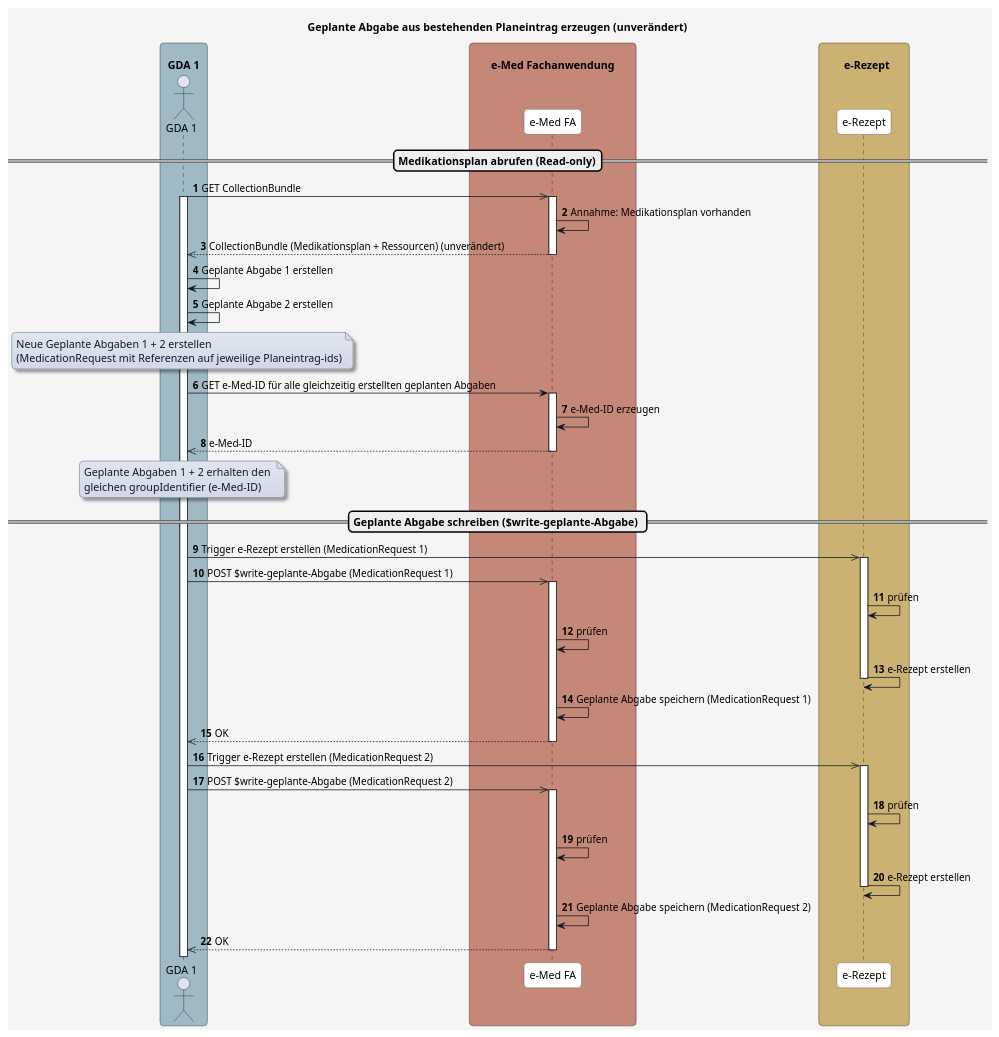
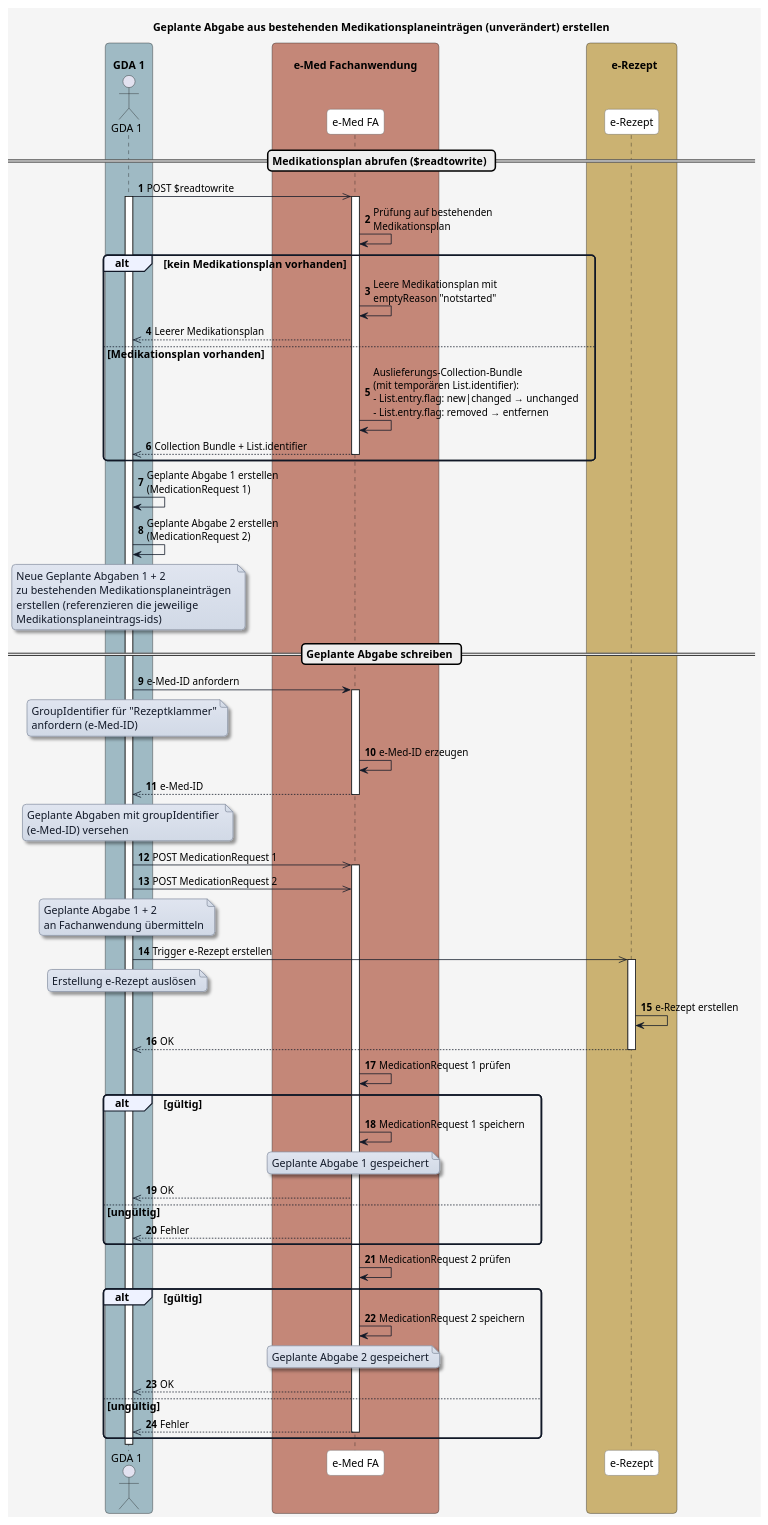
The diagram in plantuml/UC_eMed_08_01.plantuml (HL7Austria/ELGA-e-Medikation-R4), drawn with PlantUML before and after one commit.

Commit message:
Update diagram

```diff
--- a/plantuml/UC_eMed_08_01.plantuml
+++ b/plantuml/UC_eMed_08_01.plantuml
@@ -1,118 +1,149 @@
 @startuml
 
-title Geplante Abgabe aus bestehenden Planeintrag erzeugen (unverändert)
+title Geplante Abgabe aus bestehenden Medikationsplaneinträgen (unverändert) erstellen
 
 skinparam borderColor #000000
 skinparam backgroundColor #f5f5f5
 skinparam shadowing false
 skinparam roundCorner 10
 skinparam defaultFontName "Arial"
 skinparam defaultFontSize 14
 skinparam defaultFontColor #000000
 
 skinparam note {
   BackgroundColor #e0e5f0-#d1d9e6
   BorderColor #8b95a5
   BorderThickness 1
   RoundCorner 8
   Padding 6
   FontColor #111827
   Shadowing true
 }
 
 skinparam HyperlinkColor #0000EE
 skinparam HyperlinkUnderline false
 
 skinparam sequence {
   ParticipantBorderColor #555555
   ParticipantBackgroundColor #ffffff
   ParticipantFontColor #000000
   ParticipantFontSize 14
   ParticipantPadding 20
   ArrowColor #111827
   ArrowThickness 1
   ArrowFontColor #000000
   ArrowFontSize 13
   GroupBorderColor #111827
   GroupBackgroundColor #eef2ff
   GroupBorderThickness 2
 }
 
 skinparam BoxPadding 20
 skinparam BoxBorderColor #555555
 
 box "\n  GDA 1  " #9fbac4
   actor GDA_1 as "GDA 1"
 end box
 
 box "\n       e-Med Fachanwendung       " #C48778
   participant eMed_FA as "e-Med FA"
 end box
 
 box "\n    e-Rezept  " #cbb272
   participant e_Rezept as "e-Rezept"
 end box
 
 autonumber
 
-== Medikationsplan abrufen (Read-only)==
-GDA_1 ->> eMed_FA: GET CollectionBundle
+== Medikationsplan abrufen ($readtowrite) ==
+
+GDA_1 ->> eMed_FA: POST $readtowrite
 activate GDA_1
 
 activate eMed_FA
-eMed_FA -> eMed_FA: Annahme: Medikationsplan vorhanden
-eMed_FA -->> GDA_1: CollectionBundle (Medikationsplan + Ressourcen) (unverändert)
-deactivate eMed_FA
+eMed_FA -> eMed_FA: Prüfung auf bestehenden\nMedikationsplan
 
-GDA_1 -> GDA_1: Geplante Abgabe 1 erstellen
-GDA_1 -> GDA_1: Geplante Abgabe 2 erstellen
+alt kein Medikationsplan vorhanden
+  eMed_FA -> eMed_FA: Leere Medikationsplan mit\nemptyReason "notstarted"
+  eMed_FA -->> GDA_1: Leerer Medikationsplan
+
+else Medikationsplan vorhanden
+  eMed_FA -> eMed_FA: Auslieferungs-Collection-Bundle\n(mit temporären List.identifier):\n- List.entry.flag: new|changed → unchanged\n- List.entry.flag: removed → entfernen
+  eMed_FA -->> GDA_1: Collection Bundle + List.identifier
+  deactivate eMed_FA
+end
+
+GDA_1 -> GDA_1: Geplante Abgabe 1 erstellen\n(MedicationRequest 1)
+GDA_1 -> GDA_1: Geplante Abgabe 2 erstellen\n(MedicationRequest 2)
 note over GDA_1
-Neue Geplante Abgaben 1 + 2 erstellen
-(MedicationRequest mit Referenzen auf jeweilige Planeintrag-ids)
+Neue Geplante Abgaben 1 + 2 
+zu bestehenden Medikationsplaneinträgen 
+erstellen (referenzieren die jeweilige 
+Medikationsplaneintrags-ids)
 end note
 
-GDA_1 -> eMed_FA: GET e-Med-ID für alle gleichzeitig erstellten geplanten Abgaben
+== Geplante Abgabe schreiben ==
+
+GDA_1 -> eMed_FA: e-Med-ID anfordern
+
+note over GDA_1
+GroupIdentifier für "Rezeptklammer"
+anfordern (e-Med-ID)
+end note
+
 activate eMed_FA
 eMed_FA -> eMed_FA: e-Med-ID erzeugen
 eMed_FA -->> GDA_1: e-Med-ID
 deactivate eMed_FA
 note over GDA_1
-Geplante Abgaben 1 + 2 erhalten den 
-gleichen groupIdentifier (e-Med-ID) 
+Geplante Abgaben mit groupIdentifier 
+(e-Med-ID) versehen
 end note
 
-== Geplante Abgabe schreiben ($write-geplante-Abgabe) ==
 
-GDA_1 ->> e_Rezept: Trigger e-Rezept erstellen (MedicationRequest 1)
+GDA_1 ->> eMed_FA: POST MedicationRequest 1
+activate eMed_FA
+GDA_1 ->> eMed_FA: POST MedicationRequest 2
+note over GDA_1
+Geplante Abgabe 1 + 2
+an Fachanwendung übermitteln
+end note
+
+GDA_1 ->> e_Rezept: Trigger e-Rezept erstellen
+note over GDA_1
+Erstellung e-Rezept auslösen
+end note
 activate e_Rezept
-
-GDA_1 ->> eMed_FA: POST $write-geplante-Abgabe (MedicationRequest 1)
-activate eMed_FA
-
-e_Rezept -> e_Rezept: prüfen
-eMed_FA -> eMed_FA: prüfen
-
 e_Rezept -> e_Rezept: e-Rezept erstellen
+e_Rezept -->> GDA_1: OK
 deactivate e_Rezept
 
-eMed_FA -> eMed_FA: Geplante Abgabe speichern (MedicationRequest 1)
-eMed_FA -->> GDA_1: OK
-deactivate eMed_FA
+eMed_FA -> eMed_FA: MedicationRequest 1 prüfen
+alt gültig
+  eMed_FA -> eMed_FA: MedicationRequest 1 speichern
+  
+  note over eMed_FA
+  Geplante Abgabe 1 gespeichert
+  end note
 
-GDA_1 ->> e_Rezept: Trigger e-Rezept erstellen (MedicationRequest 2)
-activate e_Rezept
+  eMed_FA -->> GDA_1: OK
+else ungültig
+  eMed_FA -->> GDA_1: Fehler 
+end
 
-GDA_1 ->> eMed_FA: POST $write-geplante-Abgabe (MedicationRequest 2)
-activate eMed_FA
+eMed_FA -> eMed_FA: MedicationRequest 2 prüfen
+alt gültig
+  eMed_FA -> eMed_FA: MedicationRequest 2 speichern
+  
+  note over eMed_FA
+  Geplante Abgabe 2 gespeichert
+  end note
 
-e_Rezept -> e_Rezept: prüfen
-eMed_FA -> eMed_FA: prüfen
+  eMed_FA -->> GDA_1: OK
+else ungültig
+  eMed_FA -->> GDA_1: Fehler 
+  deactivate eMed_FA
+end
 
-e_Rezept -> e_Rezept: e-Rezept erstellen
-deactivate e_Rezept
-
-eMed_FA -> eMed_FA: Geplante Abgabe speichern (MedicationRequest 2)
-eMed_FA -->> GDA_1: OK
-deactivate eMed_FA
 
 @enduml
```
